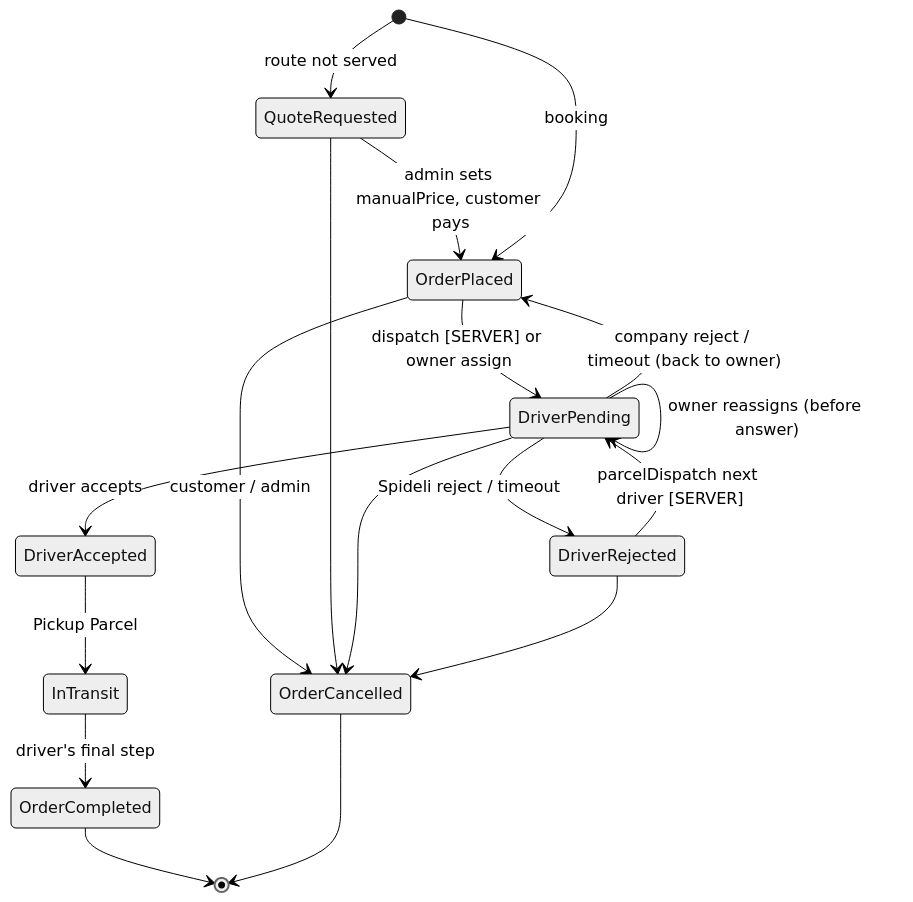
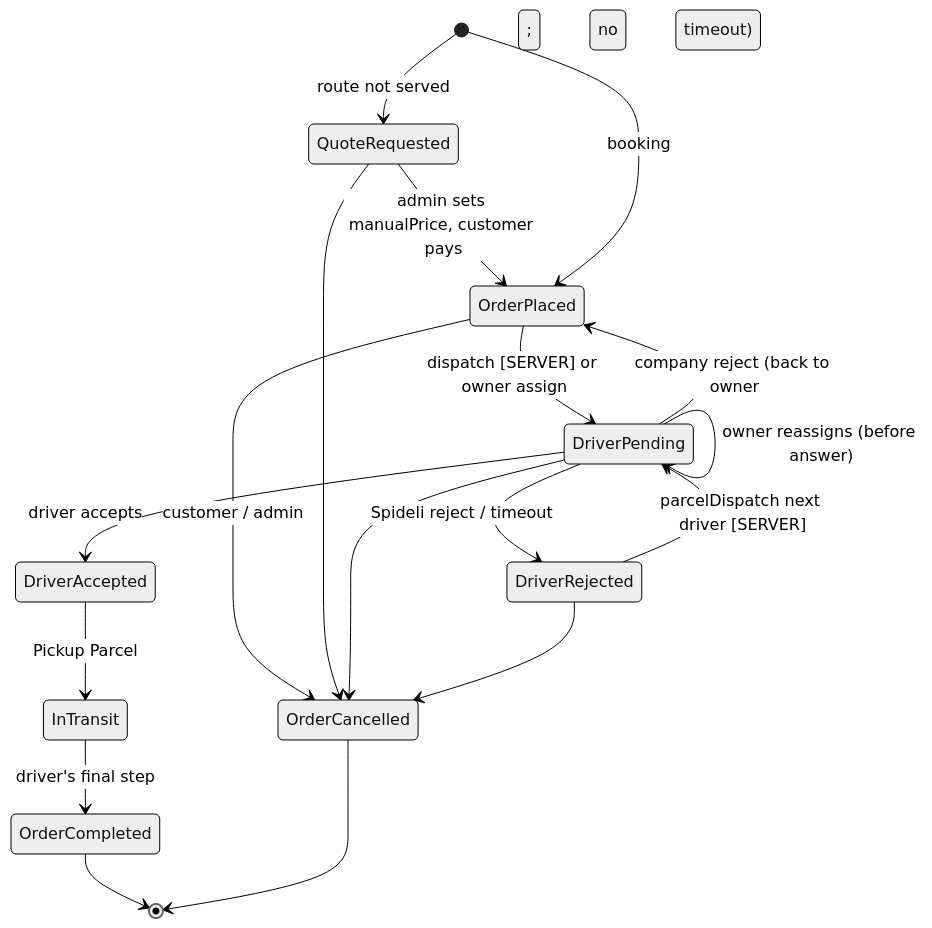
One commit to mayankmodi-siddhiinfosoft/spideli_emart changed the third of 3 diagrams in docs/PARCEL-FLOW.md. Above: the diagram before and after it, drawn with Mermaid (neutral theme). The commit also changed other lines of this file and 7 other files, not shown here.

````diff
--- a/docs/PARCEL-FLOW.md
+++ b/docs/PARCEL-FLOW.md
@@ -157,20 +157,20 @@
 ```mermaid
 stateDiagram-v2
     [*] --> QuoteRequested: route not served
     QuoteRequested --> OrderPlaced: admin sets manualPrice, customer pays
     [*] --> OrderPlaced: booking
     OrderPlaced --> DriverPending: dispatch [SERVER] or owner assign
     DriverPending --> DriverAccepted: driver accepts
     DriverPending --> DriverRejected: Spideli reject / timeout
     DriverRejected --> DriverPending: parcelDispatch next driver [SERVER]
-    DriverPending --> OrderPlaced: company reject / timeout (back to owner)
+    DriverPending --> OrderPlaced: company reject (back to owner; no timeout)
     DriverPending --> DriverPending: owner reassigns (before answer)
     DriverAccepted --> InTransit: Pickup Parcel
     InTransit --> OrderCompleted: driver's final step
     OrderPlaced --> OrderCancelled: customer / admin
     QuoteRequested --> OrderCancelled
     DriverPending --> OrderCancelled
     DriverRejected --> OrderCancelled
     OrderCompleted --> [*]
     OrderCancelled --> [*]
 ```
````
